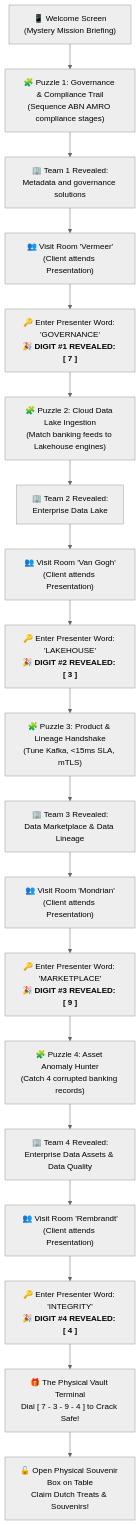
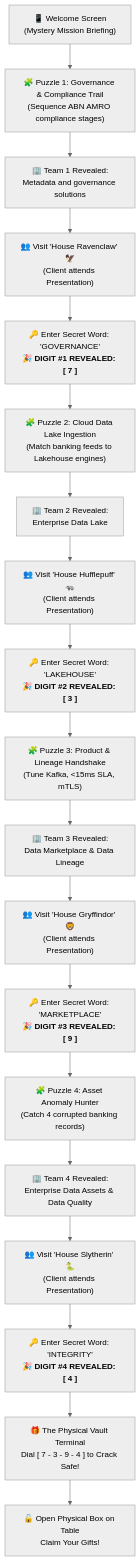
The diagram in README.md (Aryan-Sawale/data-treasure-hunt), drawn with Mermaid (neutral theme) before and after one commit. The commit also changed other lines of this file and 12 other files, not shown here.

Commit message:
feat: ABN AMRO colors, Harry Potter house booths, remove presenters & souvenirs section

````diff
--- a/README.md
+++ b/README.md
@@ -11,25 +16,25 @@
 ```mermaid
 flowchart TD
     Start["📱 Welcome Screen<br/>(Mystery Mission Briefing)"] --> P1["🧩 Puzzle 1: Governance & Compliance Trail<br/>(Sequence ABN AMRO compliance stages)"]
     P1 --> T1["🏢 Team 1 Revealed:<br/>Metadata and governance solutions"]
-    T1 --> Pres1["👥 Visit Room 'Vermeer'<br/>(Client attends Presentation)"]
-    Pres1 --> Code1["🔑 Enter Presenter Word: 'GOVERNANCE'<br/><b>🎉 DIGIT #1 REVEALED: [ 7 ]</b>"]
+    T1 --> Pres1["👥 Visit 'House Ravenclaw' 🦅<br/>(Client attends Presentation)"]
+    Pres1 --> Code1["🔑 Enter Secret Word: 'GOVERNANCE'<br/><b>🎉 DIGIT #1 REVEALED: [ 7 ]</b>"]
 
     Code1 --> P2["🧩 Puzzle 2: Cloud Data Lake Ingestion<br/>(Match banking feeds to Lakehouse engines)"]
     P2 --> T2["🏢 Team 2 Revealed:<br/>Enterprise Data Lake"]
-    T2 --> Pres2["👥 Visit Room 'Van Gogh'<br/>(Client attends Presentation)"]
-    Pres2 --> Code2["🔑 Enter Presenter Word: 'LAKEHOUSE'<br/><b>🎉 DIGIT #2 REVEALED: [ 3 ]</b>"]
+    T2 --> Pres2["👥 Visit 'House Hufflepuff' 🦡<br/>(Client attends Presentation)"]
+    Pres2 --> Code2["🔑 Enter Secret Word: 'LAKEHOUSE'<br/><b>🎉 DIGIT #2 REVEALED: [ 3 ]</b>"]
 
     Code2 --> P3["🧩 Puzzle 3: Product & Lineage Handshake<br/>(Tune Kafka, &lt;15ms SLA, mTLS)"]
     P3 --> T3["🏢 Team 3 Revealed:<br/>Data Marketplace & Data Lineage"]
-    T3 --> Pres3["👥 Visit Room 'Mondrian'<br/>(Client attends Presentation)"]
-    Pres3 --> Code3["🔑 Enter Presenter Word: 'MARKETPLACE'<br/><b>🎉 DIGIT #3 REVEALED: [ 9 ]</b>"]
+    T3 --> Pres3["👥 Visit 'House Gryffindor' 🦁<br/>(Client attends Presentation)"]
+    Pres3 --> Code3["🔑 Enter Secret Word: 'MARKETPLACE'<br/><b>🎉 DIGIT #3 REVEALED: [ 9 ]</b>"]
 
     Code3 --> P4["🧩 Puzzle 4: Asset Anomaly Hunter<br/>(Catch 4 corrupted banking records)"]
     P4 --> T4["🏢 Team 4 Revealed:<br/>Enterprise Data Assets & Data Quality"]
-    T4 --> Pres4["👥 Visit Room 'Rembrandt'<br/>(Client attends Presentation)"]
-    Pres4 --> Code4["🔑 Enter Presenter Word: 'INTEGRITY'<br/><b>🎉 DIGIT #4 REVEALED: [ 4 ]</b>"]
+    T4 --> Pres4["👥 Visit 'House Slytherin' 🐍<br/>(Client attends Presentation)"]
+    Pres4 --> Code4["🔑 Enter Secret Word: 'INTEGRITY'<br/><b>🎉 DIGIT #4 REVEALED: [ 4 ]</b>"]
 
     Code4 --> Vault["🎁 The Physical Vault Terminal<br/>Dial [ 7 - 3 - 9 - 4 ] to Crack Safe!"]
-    Vault --> PhysicalBox["🔓 Open Physical Souvenir Box on Table<br/>Claim Dutch Treats & Souvenirs!"]
+    Vault --> PhysicalBox["🔓 Open Physical Box on Table<br/>Claim Your Gifts!"]
 ```
````
